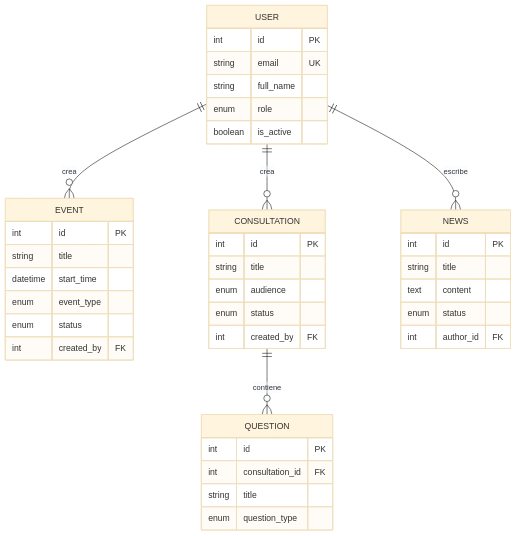
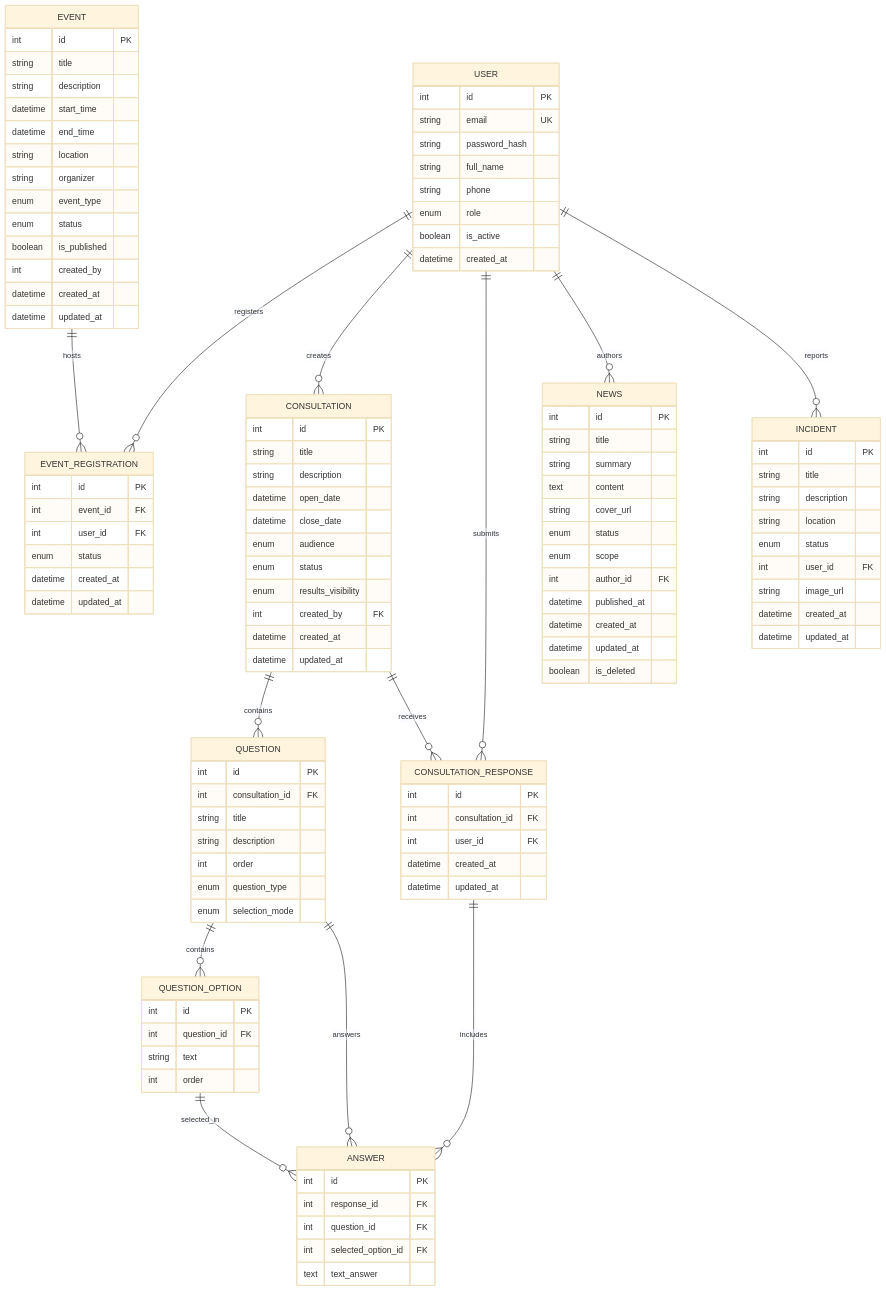
Before and after one commit to ccacheroc/AI4Devs-finalproject: the third of 3 diagrams in readme.md, drawn with Mermaid (base theme). The commit also changed other lines of this file and 1 other file, not shown here.

Commit message:
actualizados prompt.md y README.md de app final

````diff
--- a/readme.md
+++ b/readme.md
@@ -130,47 +154,134 @@
 ```mermaid
 erDiagram
+    %% Core Module
     USER {
         int id PK
         string email UK
+        string password_hash
         string full_name
+        string phone
         enum role
         boolean is_active
+        datetime created_at
     }
 
+    %% Event Module
     EVENT {
         int id PK
         string title
+        string description
         datetime start_time
+        datetime end_time
+        string location
+        string organizer
         enum event_type
         enum status
-        int created_by FK
+        boolean is_published
+        int created_by
+        datetime created_at
+        datetime updated_at
     }
 
+    EVENT_REGISTRATION {
+        int id PK
+        int event_id FK
+        int user_id FK
+        enum status
+        datetime created_at
+        datetime updated_at
+    }
+
+    %% Consultation Module
     CONSULTATION {
         int id PK
         string title
+        string description
+        datetime open_date
+        datetime close_date
         enum audience
         enum status
+        enum results_visibility
         int created_by FK
+        datetime created_at
+        datetime updated_at
     }
 
     QUESTION {
         int id PK
         int consultation_id FK
         string title
+        string description
+        int order
         enum question_type
+        enum selection_mode
     }
 
+    QUESTION_OPTION {
+        int id PK
+        int question_id FK
+        string text
+        int order
+    }
+
+    CONSULTATION_RESPONSE {
+        int id PK
+        int consultation_id FK
+        int user_id FK
+        datetime created_at
+        datetime updated_at
+    }
+
+    ANSWER {
+        int id PK
+        int response_id FK
+        int question_id FK
+        int selected_option_id FK
+        text text_answer
+    }
+
+    %% News Module
     NEWS {
         int id PK
         string title
+        string summary
         text content
+        string cover_url
         enum status
+        enum scope
         int author_id FK
+        datetime published_at
+        datetime created_at
+        datetime updated_at
+        boolean is_deleted
     }
 
-    USER ||--o{ EVENT : "crea"
-    USER ||--o{ CONSULTATION : "crea"
-    USER ||--o{ NEWS : "escribe"
-    CONSULTATION ||--o{ QUESTION : "contiene"
+    %% Incident Module
+    INCIDENT {
+        int id PK
+        string title
+        string description
+        string location
+        enum status
+        int user_id FK
+        string image_url
+        datetime created_at
+        datetime updated_at
+    }
+
+    %% Relationships
+    USER ||--o{ EVENT_REGISTRATION : registers
+    EVENT ||--o{ EVENT_REGISTRATION : hosts
+    
+    USER ||--o{ CONSULTATION : creates
+    CONSULTATION ||--o{ QUESTION : contains
+    QUESTION ||--o{ QUESTION_OPTION : contains
+    
+    USER ||--o{ CONSULTATION_RESPONSE : submits
+    CONSULTATION ||--o{ CONSULTATION_RESPONSE : receives
+    CONSULTATION_RESPONSE ||--o{ ANSWER : includes
+    QUESTION ||--o{ ANSWER : answers
+    QUESTION_OPTION ||--o{ ANSWER : selected_in
+
+    USER ||--o{ NEWS : authors
+    USER ||--o{ INCIDENT : reports
 ```
````
